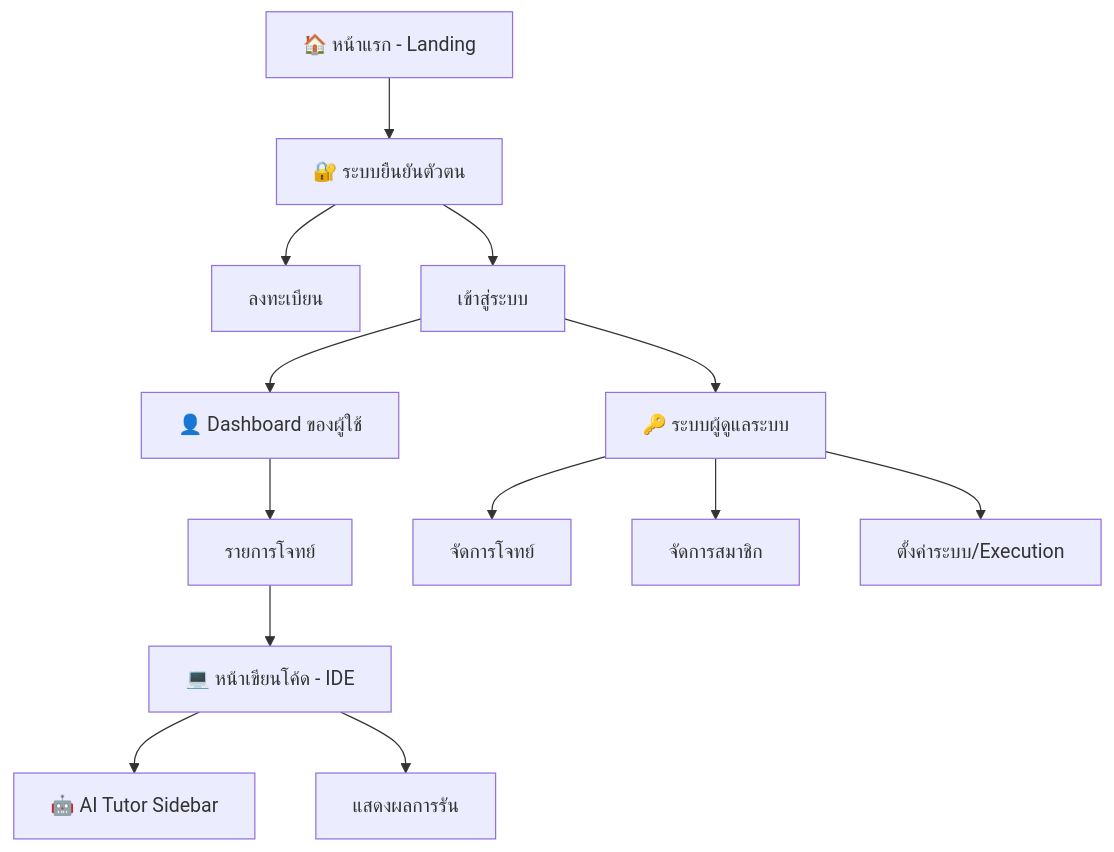
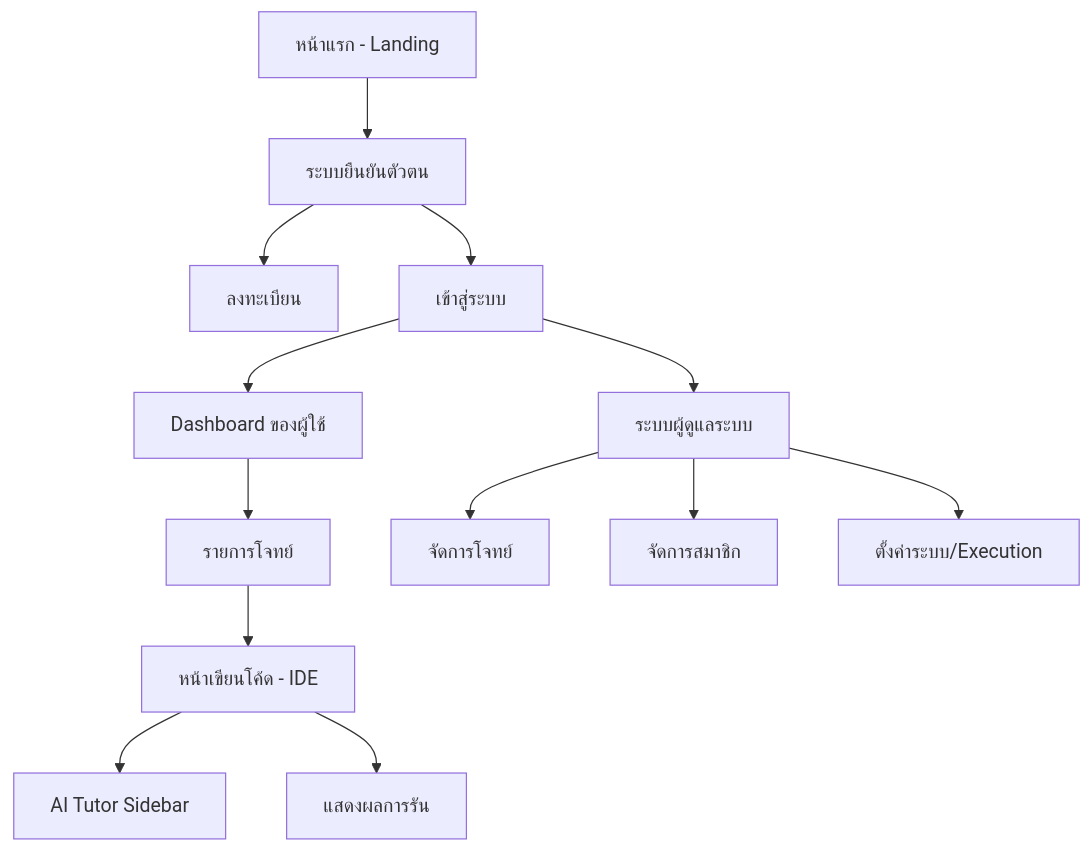
One commit to raksitbell/codearea changed the second of 3 diagrams in README.md. Above: the diagram before and after it, drawn with Mermaid. The commit also changed other lines of this file, not shown here.

````diff
--- a/README.md
+++ b/README.md
@@ -61,17 +77,17 @@
 ```mermaid
 graph TD
-    Home[🏠 หน้าแรก - Landing] --> Auth[🔐 ระบบยืนยันตัวตน]
+    Home[หน้าแรก - Landing] --> Auth[ระบบยืนยันตัวตน]
     Auth --> Register[ลงทะเบียน]
     Auth --> Login[เข้าสู่ระบบ]
     
-    Login --> UserDashboard[👤 Dashboard ของผู้ใช้]
+    Login --> UserDashboard[Dashboard ของผู้ใช้]
     UserDashboard --> QuestionList[รายการโจทย์]
-    QuestionList --> CodeEditor[💻 หน้าเขียนโค้ด - IDE]
-    CodeEditor --> AIAssistant[🤖 AI Tutor Sidebar]
+    QuestionList --> CodeEditor[หน้าเขียนโค้ด - IDE]
+    CodeEditor --> AIAssistant[AI Tutor Sidebar]
     CodeEditor --> RunOutput[แสดงผลการรัน]
     
-    Login --> AdminPanel[🔑 ระบบผู้ดูแลระบบ]
+    Login --> AdminPanel[ระบบผู้ดูแลระบบ]
     AdminPanel --> ManageQ[จัดการโจทย์]
     AdminPanel --> ManageUser[จัดการสมาชิก]
     AdminPanel --> SysConfig[ตั้งค่าระบบ/Execution]
 ```
````
